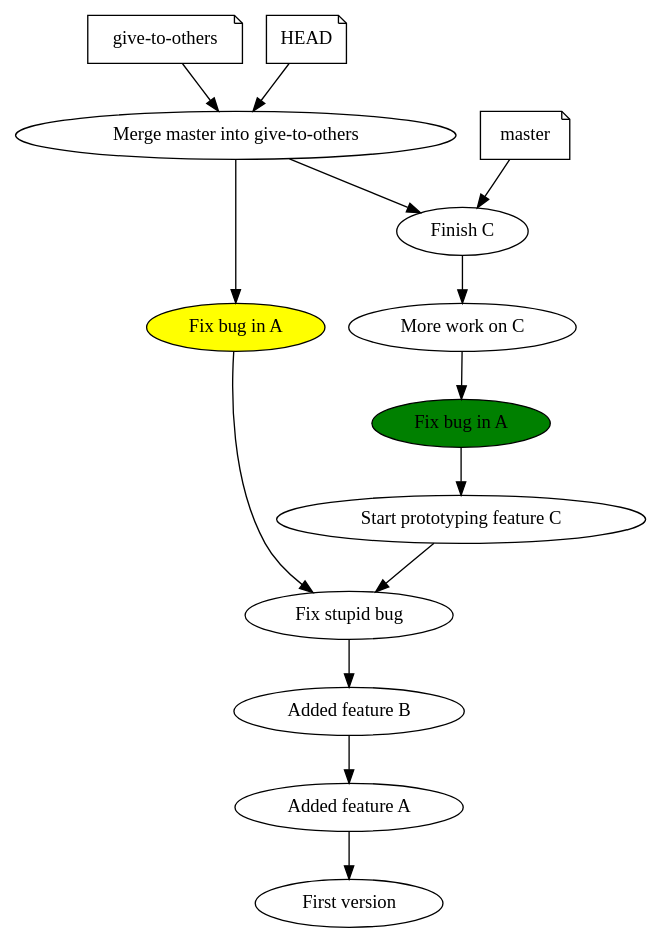
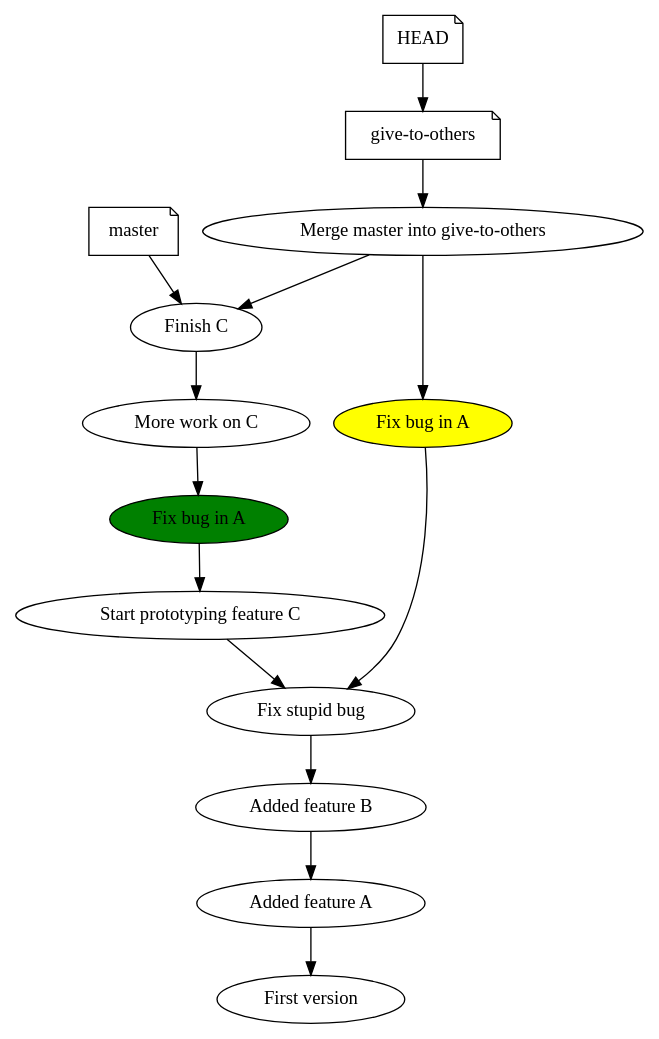
Before and after one commit to rjw57/do-you-git-it: the diagram in single_dude4.dot, drawn with Graphviz. The commit also changed 9 other files, not shown here.

```diff
--- a/single_dude4.dot
+++ b/single_dude4.dot
@@ -1,20 +1,20 @@
 digraph single_dude {
     "give-to-others" [ shape=note ];
     "master" [ shape=note ];
 
     "HEAD" [ shape=note ];
 
     c1 [ label = "Fix bug in A", style=filled, fillcolor=green ];
     c2 [ label = "Fix bug in A", style=filled, fillcolor=yellow ];
     merge [ label = "Merge master into give-to-others" ];
 
     "Finish C" -> "More work on C" -> c1 -> "Start prototyping feature C" -> "Fix stupid bug" -> "Added feature B" -> "Added feature A" -> "First version";
     c2 -> "Fix stupid bug";
 
     merge -> "Finish C";
     merge -> c2;
 
-    "HEAD" -> merge;
+    "HEAD" -> "give-to-others";
     "master" -> "Finish C";
     "give-to-others" -> merge;
 }
```
